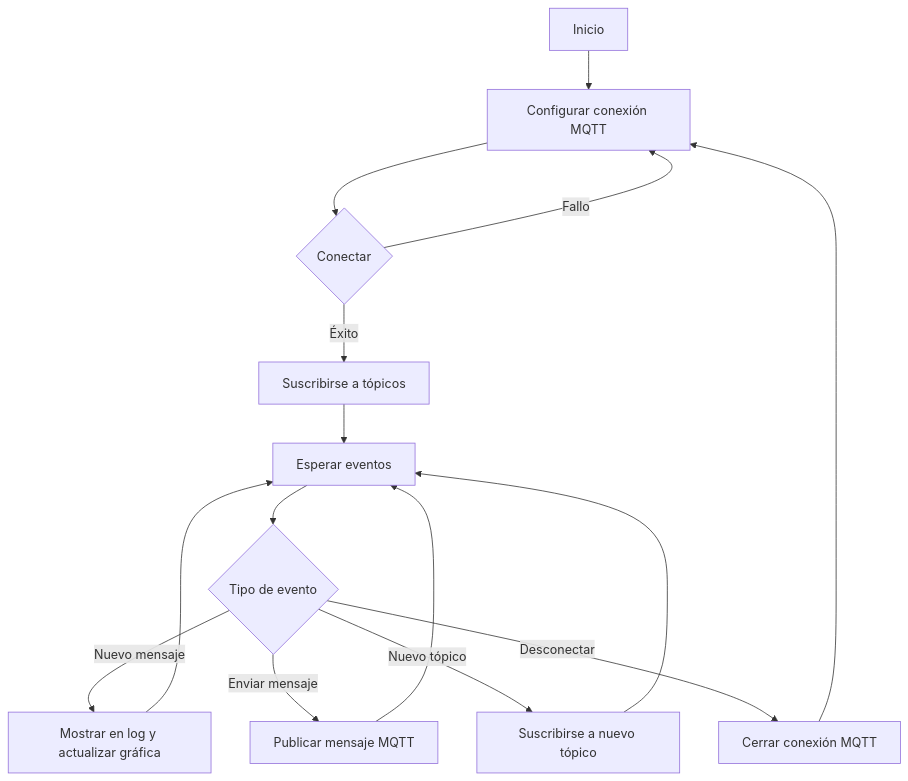
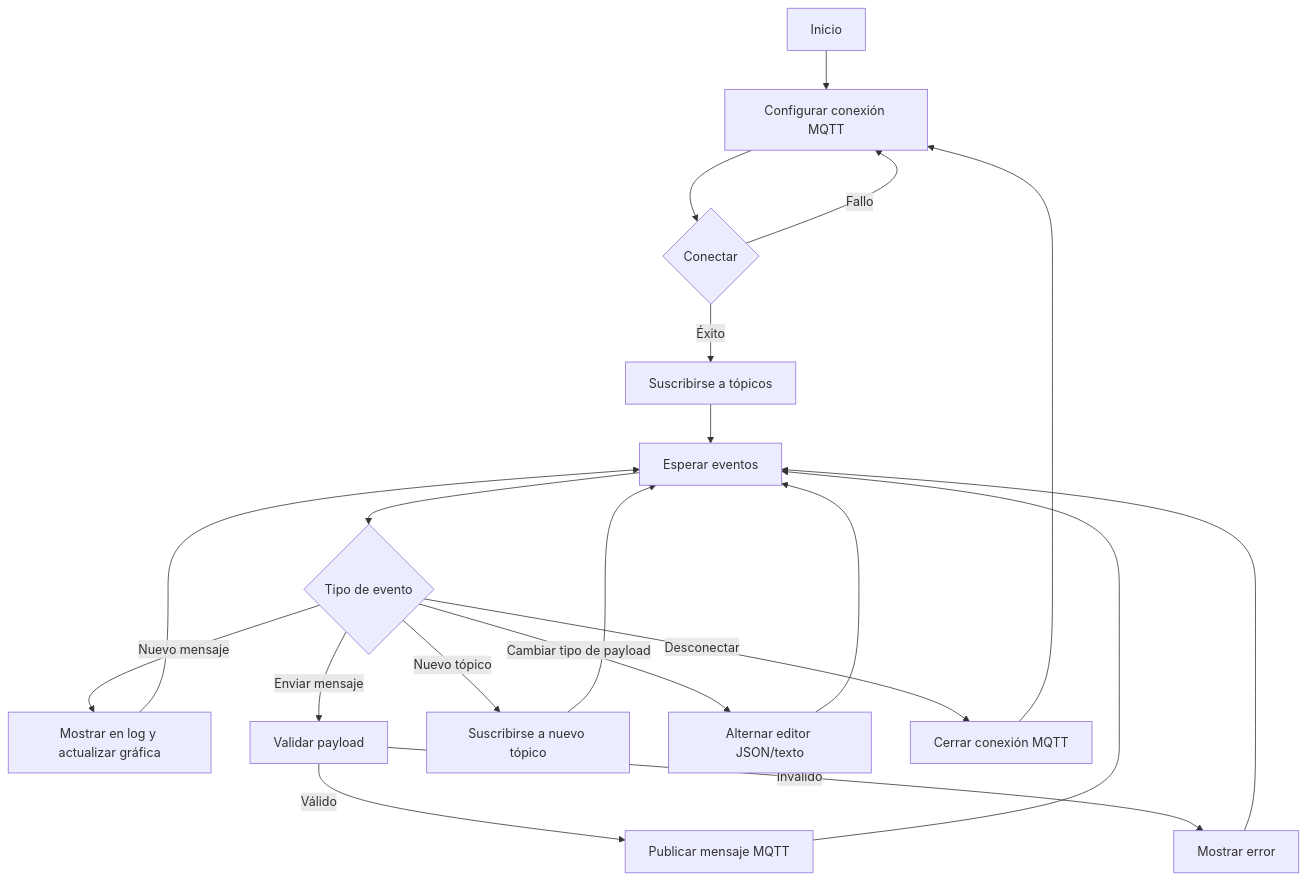
One commit to luis198755/mqtt-terminal-app changed the diagram in README.md. Above: the diagram before and after it, drawn with Mermaid. The commit also changed other lines of this file and 1 other file, not shown here.

Commit message:
fix ctrl+enter to send json and update readme

````diff
--- a/README.md
+++ b/README.md
@@ -90,17 +97,22 @@
 ```mermaid
 graph TD
     A[Inicio] --> B[Configurar conexión MQTT]
     B --> C{Conectar}
     C -->|Éxito| D[Suscribirse a tópicos]
     C -->|Fallo| B
     D --> E[Esperar eventos]
     E --> F{Tipo de evento}
     F -->|Nuevo mensaje| G[Mostrar en log y actualizar gráfica]
-    F -->|Enviar mensaje| H[Publicar mensaje MQTT]
-    F -->|Nuevo tópico| I[Suscribirse a nuevo tópico]
-    F -->|Desconectar| J[Cerrar conexión MQTT]
+    F -->|Enviar mensaje| H[Validar payload]
+    H -->|Válido| I[Publicar mensaje MQTT]
+    H -->|Inválido| J[Mostrar error]
+    F -->|Nuevo tópico| K[Suscribirse a nuevo tópico]
+    F -->|Cambiar tipo de payload| L[Alternar editor JSON/texto]
+    F -->|Desconectar| M[Cerrar conexión MQTT]
     G --> E
-    H --> E
     I --> E
-    J --> B
+    J --> E
+    K --> E
+    L --> E
+    M --> B
 ```
````
